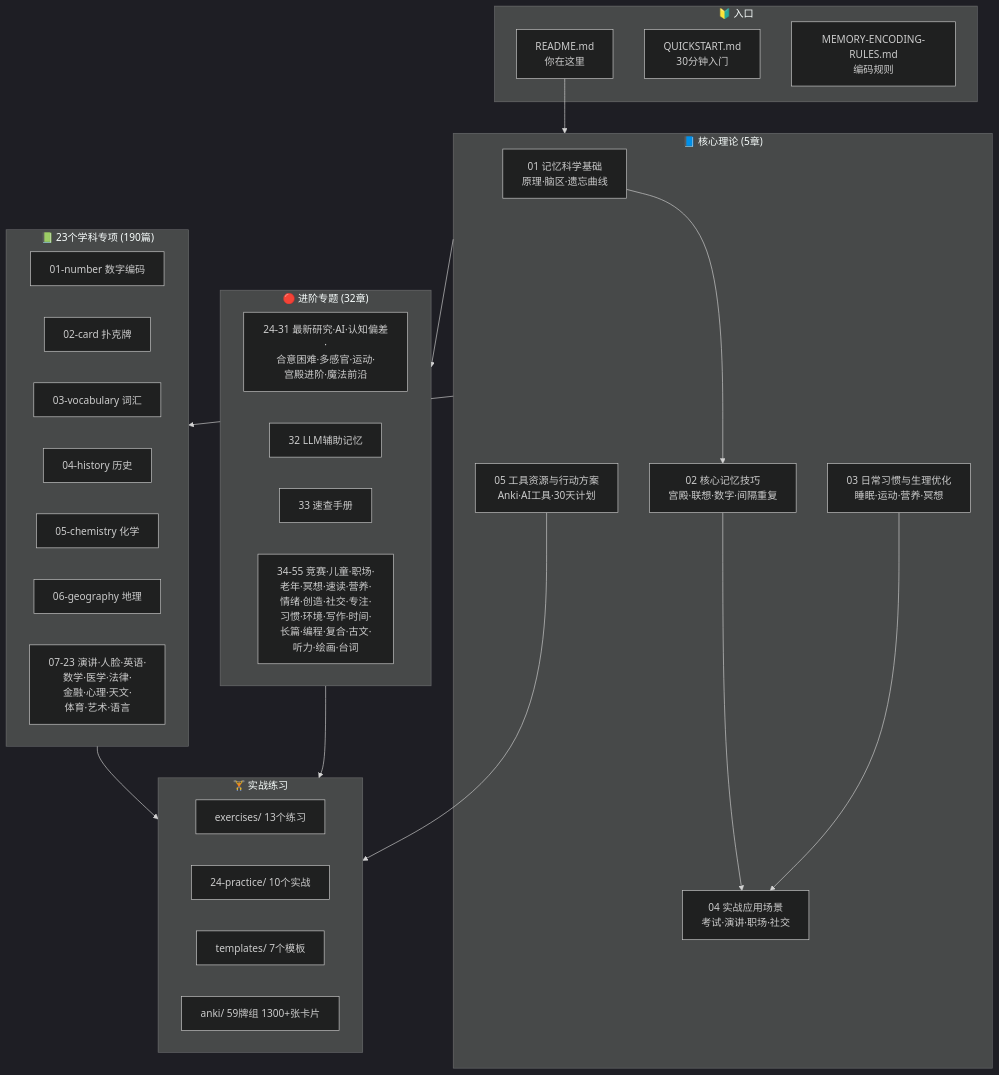
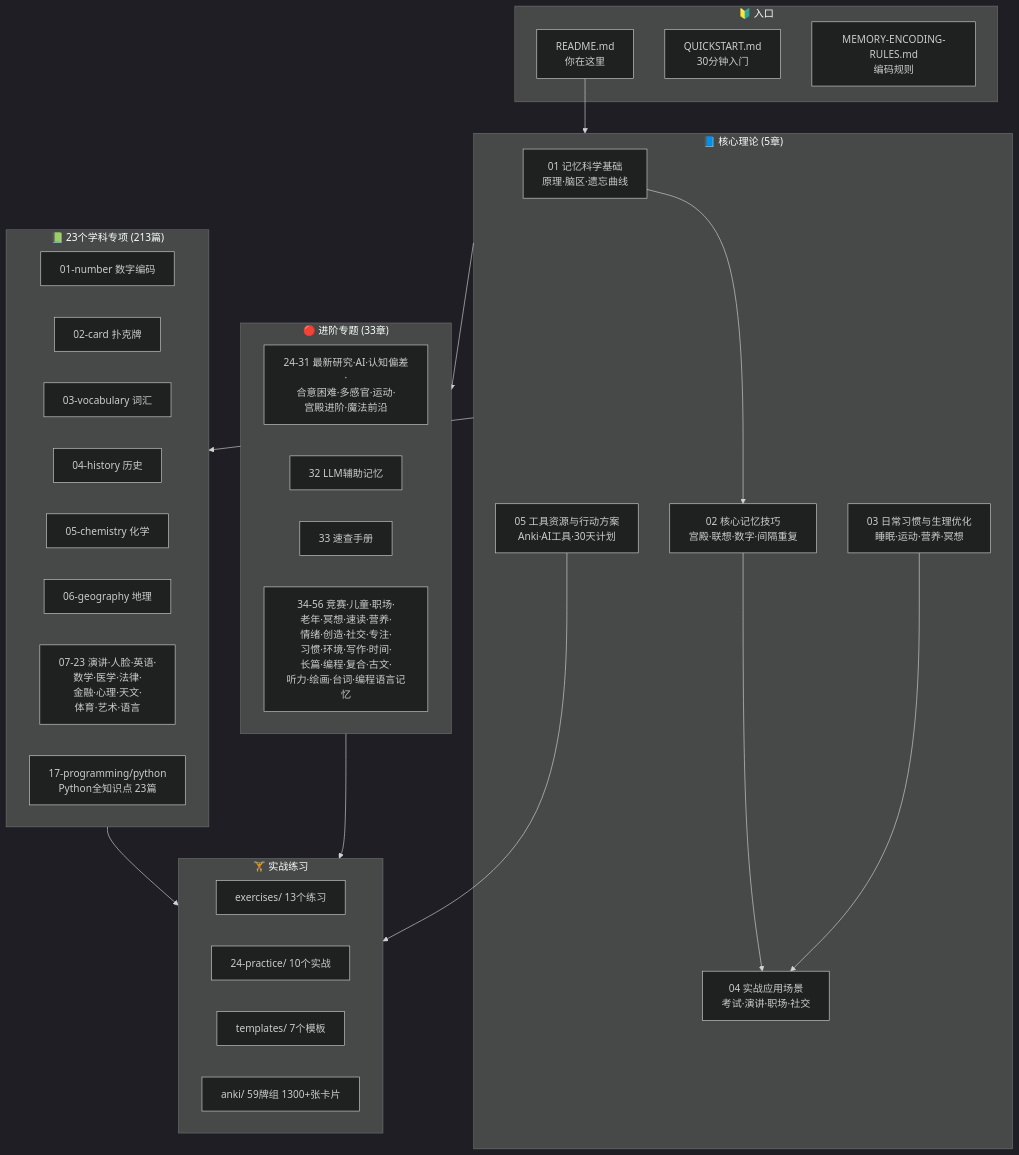
Before and after one commit to brother2050/memory-guide: the first of 2 diagrams in README.md, drawn with Mermaid (dark theme). The commit also changed other lines of this file and 27 other files, not shown here.

First line of the commit message:
feat: 编程语言记忆方法(56) + Python全知识点记忆实例(17-programming/python, 23篇309知识点)

````diff
--- a/README.md
+++ b/README.md
@@ -62,51 +63,52 @@
 ```mermaid
 graph TB
     subgraph 入口["🔰 入口"]
         README["README.md\n你在这里"]
         QS["QUICKSTART.md\n30分钟入门"]
         RULES["MEMORY-ENCODING-RULES.md\n编码规则"]
     end
 
     subgraph core["📘 核心理论 (5章)"]
         C01["01 记忆科学基础\n原理·脑区·遗忘曲线"]
         C02["02 核心记忆技巧\n宫殿·联想·数字·间隔重复"]
         C03["03 日常习惯与生理优化\n睡眠·运动·营养·冥想"]
         C04["04 实战应用场景\n考试·演讲·职场·社交"]
         C05["05 工具资源与行动方案\nAnki·AI工具·30天计划"]
     end
 
-    subgraph special["📗 23个学科专项 (190篇)"]
+    subgraph special["📗 23个学科专项 (213篇)"]
         NUM["01-number 数字编码"]
         CARD["02-card 扑克牌"]
         VOCAB["03-vocabulary 词汇"]
         HIST["04-history 历史"]
         CHEM["05-chemistry 化学"]
         GEO["06-geography 地理"]
         MORE["07-23 演讲·人脸·英语·\n数学·医学·法律·\n金融·心理·天文·\n体育·艺术·语言"]
+        PYTHON["17-programming/python\nPython全知识点 23篇"]
     end
 
-    subgraph advanced["🔴 进阶专题 (32章)"]
+    subgraph advanced["🔴 进阶专题 (33章)"]
         A24["24-31 最新研究·AI·认知偏差·\n合意困难·多感官·运动·\n宫殿进阶·魔法前沿"]
         A32["32 LLM辅助记忆"]
         A33["33 速查手册"]
-        A34["34-55 竞赛·儿童·职场·\n老年·冥想·速读·营养·\n情绪·创造·社交·专注·\n习惯·环境·写作·时间·\n长篇·编程·复合·古文·\n听力·绘画·台词"]
+        A34["34-56 竞赛·儿童·职场·\n老年·冥想·速读·营养·\n情绪·创造·社交·专注·\n习惯·环境·写作·时间·\n长篇·编程·复合·古文·\n听力·绘画·台词·编程语言记忆"]
     end
 
     subgraph practice["🏋️ 实战练习"]
         EX["exercises/ 13个练习"]
         PR["24-practice/ 10个实战"]
         TM["templates/ 7个模板"]
         AN["anki/ 59牌组 1300+张卡片"]
     end
 
     README --> core
     core --> special
     core --> advanced
     special --> practice
     advanced --> practice
 
     C01 --> C02
     C02 --> C04
     C03 --> C04
     C05 --> practice
 ```
````
